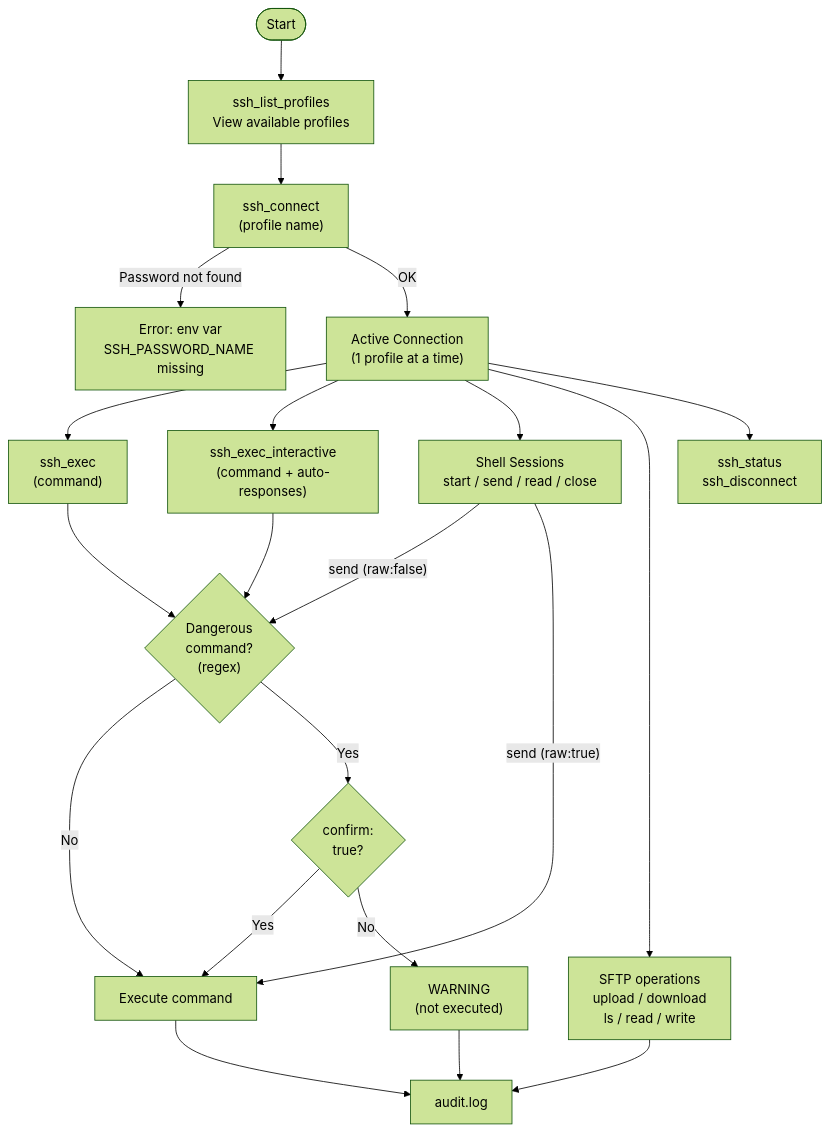
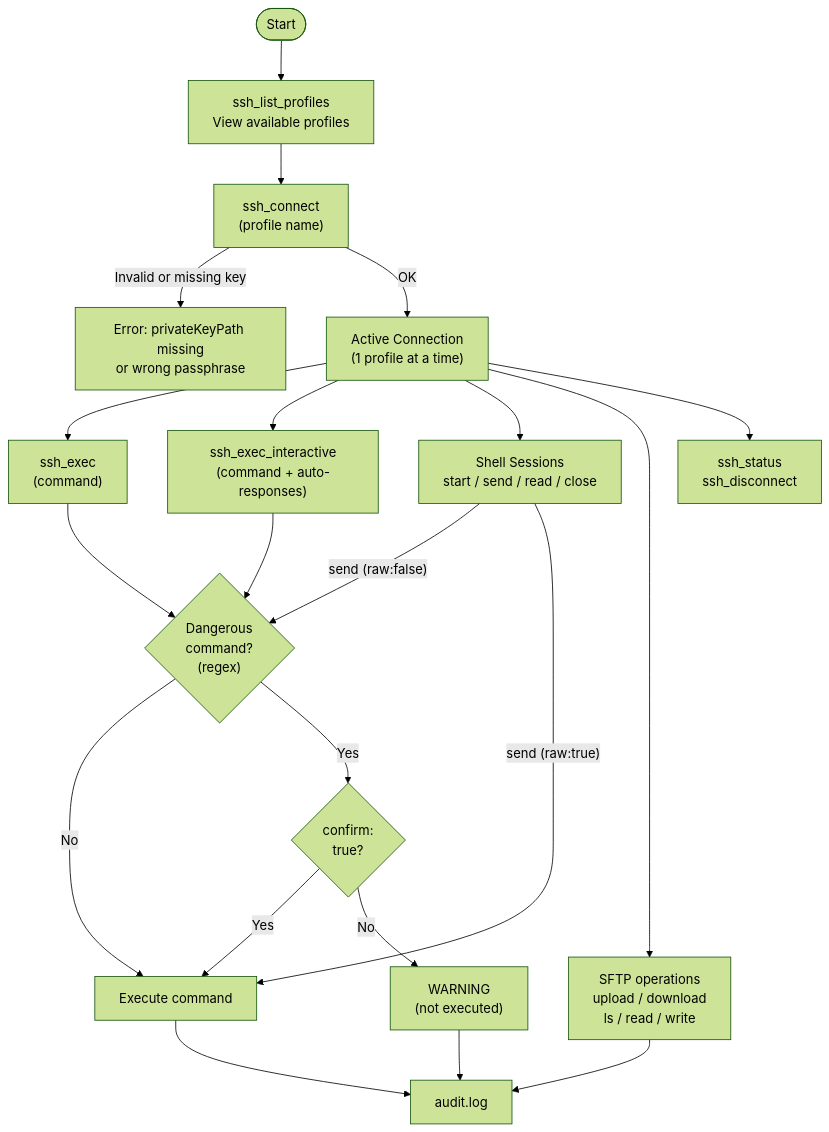
The second of 3 diagrams in README.md (d3v1an/ssh-mcp), drawn with Mermaid (forest theme) before and after one commit. The commit also changed other lines of this file and 17 other files, not shown here.

````diff
--- a/README.md
+++ b/README.md
@@ -49,27 +49,27 @@
 ```mermaid
 flowchart TD
     Start([Start]) --> ListProfiles["ssh_list_profiles<br/>View available profiles"]
     ListProfiles --> Connect["ssh_connect<br/>(profile name)"]
-    Connect -->|Password not found| Error["Error: env var<br/>SSH_PASSWORD_NAME missing"]
+    Connect -->|Invalid or missing key| Error["Error: privateKeyPath missing<br/>or wrong passphrase"]
     Connect -->|OK| Active["Active Connection<br/>(1 profile at a time)"]
 
     Active --> ExecBranch["ssh_exec<br/>(command)"]
     Active --> InteractiveBranch["ssh_exec_interactive<br/>(command + auto-responses)"]
     Active --> ShellBranch["Shell Sessions<br/>start / send / read / close"]
     Active --> SFTPBranch["SFTP operations<br/>upload / download<br/>ls / read / write"]
     Active --> StatusBranch["ssh_status<br/>ssh_disconnect"]
 
     ExecBranch --> DangerCheck{"Dangerous<br/>command?<br/>(regex)"}
     InteractiveBranch --> DangerCheck
     DangerCheck -->|No| Execute["Execute command"]
     DangerCheck -->|Yes| ConfirmCheck{"confirm:<br/>true?"}
     ConfirmCheck -->|Yes| Execute
     ConfirmCheck -->|No| Warning["WARNING<br/>(not executed)"]
 
     ShellBranch -->|"send (raw:false)"| DangerCheck
     ShellBranch -->|"send (raw:true)"| Execute
 
     Execute --> Audit["audit.log"]
     SFTPBranch --> Audit
     Warning --> Audit
 ```
````
